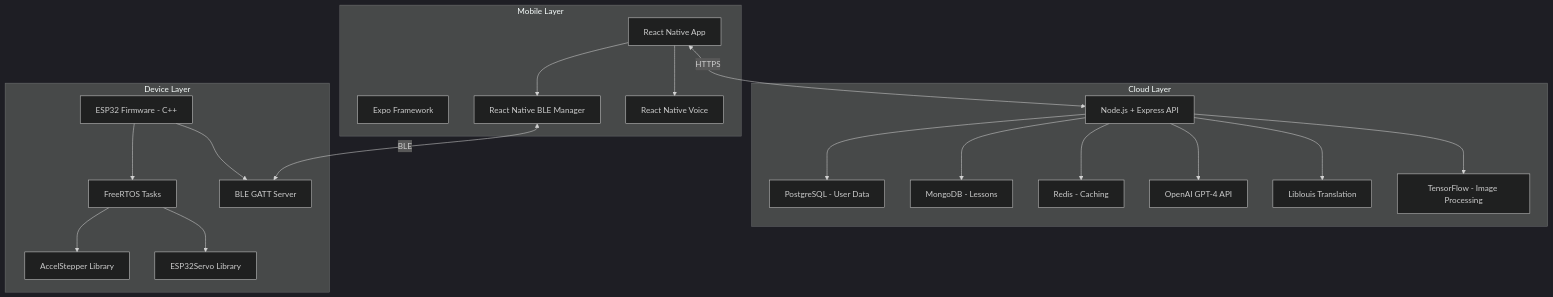
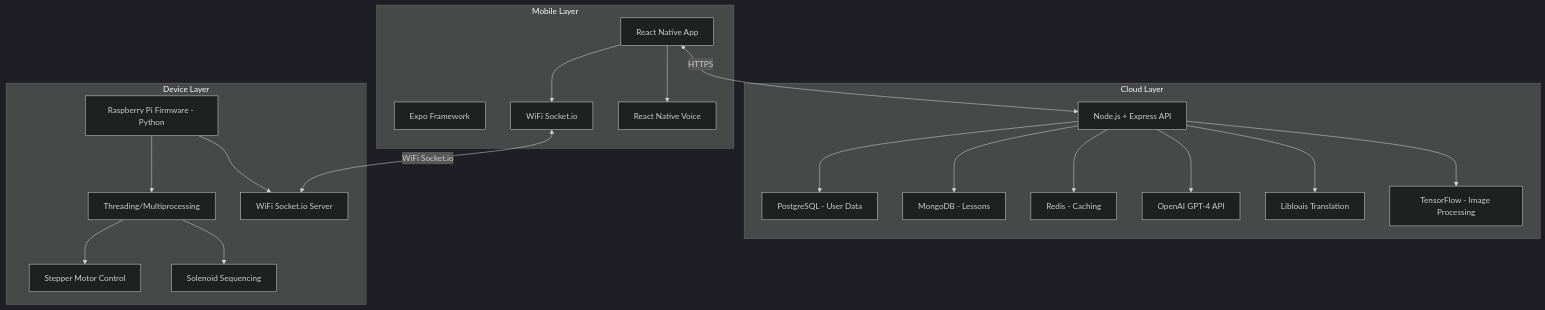
One commit to vikrantwiz02/DFP-13 changed the first of 5 diagrams in 06_Software_AI_Architecture.md. Above: the diagram before and after it, drawn with Mermaid (dark theme). The commit also changed other lines of this file and 5 other files, not shown here.

````diff
--- a/06_Software_AI_Architecture.md
+++ b/06_Software_AI_Architecture.md
@@ -13,42 +13,42 @@
 ```mermaid
 graph TB
     subgraph "Mobile Layer"
         A[React Native App]
         B[Expo Framework]
-        C[React Native BLE Manager]
+        C[WiFi Socket.io]
         D[React Native Voice]
     end
     
     subgraph "Cloud Layer"
         E[Node.js + Express API]
         F[PostgreSQL - User Data]
         G[MongoDB - Lessons]
         H[Redis - Caching]
         I[OpenAI GPT-4 API]
         J[Liblouis Translation]
         K[TensorFlow - Image Processing]
     end
     
     subgraph "Device Layer"
-        L[ESP32 Firmware - C++]
-        M[FreeRTOS Tasks]
-        N[AccelStepper Library]
-        O[ESP32Servo Library]
-        P[BLE GATT Server]
+        L[Raspberry Pi Firmware - Python]
+        M[Threading/Multiprocessing]
+        N[Stepper Motor Control]
+        O[Solenoid Sequencing]
+        P[WiFi Socket.io Server]
     end
     
     A --> C
     A --> D
-    C <-->|BLE| P
+    C <-->|WiFi Socket.io| P
     A <-->|HTTPS| E
     E --> F
     E --> G
     E --> H
     E --> I
     E --> J
     E --> K
     L --> M
     M --> N
     M --> O
     L --> P
 ```
````
